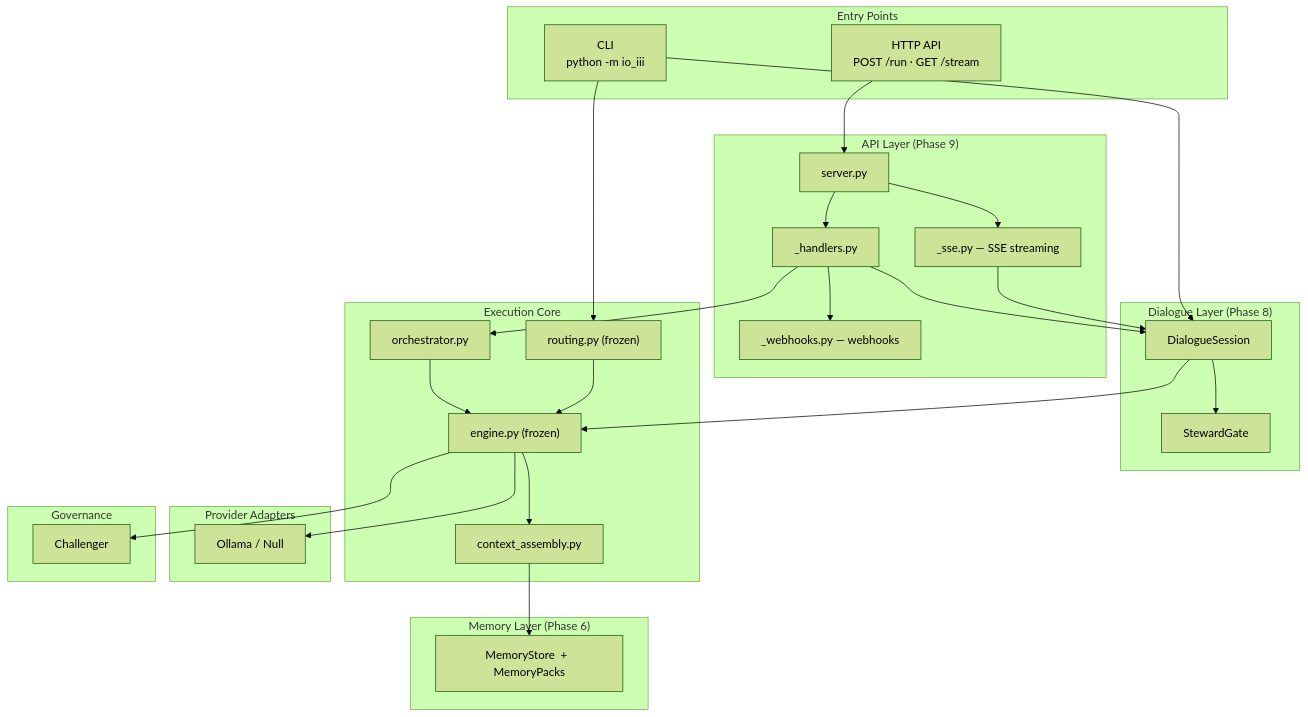
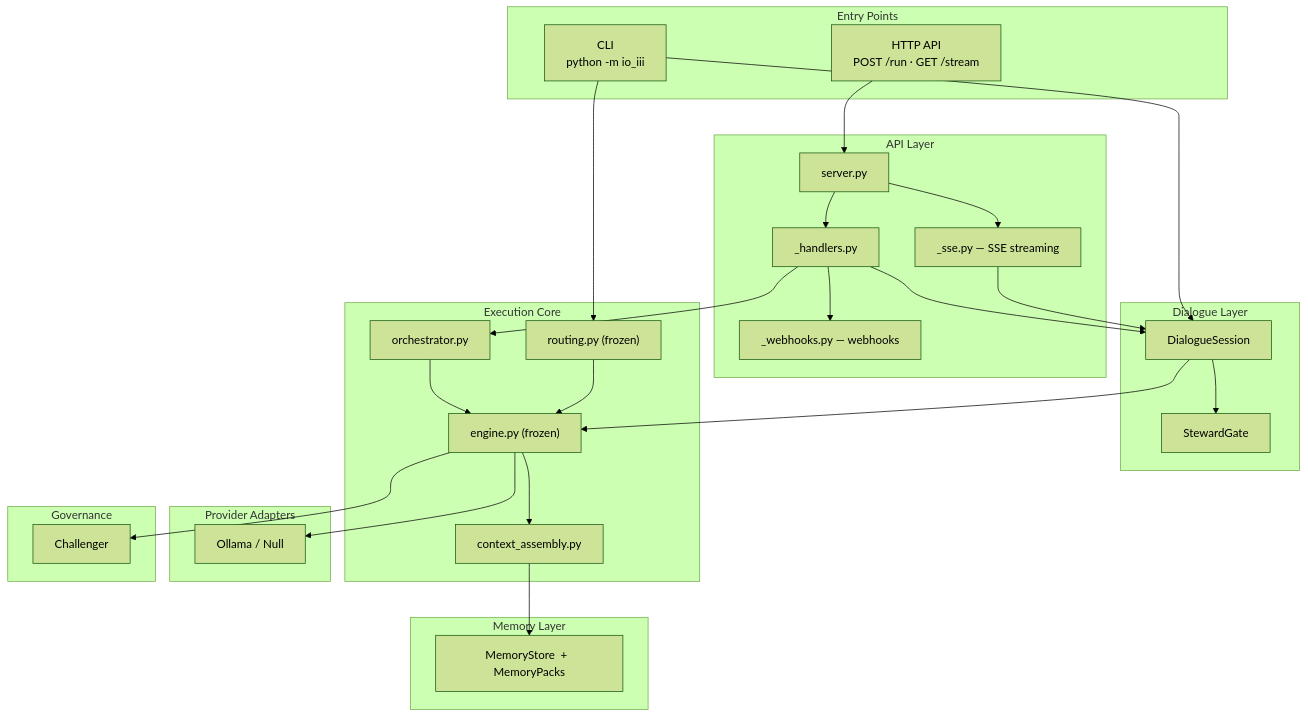
The diagram in README.md (CevenJKnowles/io-iii-runtime), drawn with Mermaid (forest theme) before and after one commit. The commit also changed other lines of this file, not shown here.

Commit message:
docs: define challenger and steward, trim diagram labels, tighten non-goals, add test count

````diff
--- a/README.md
+++ b/README.md
@@ -57,49 +58,49 @@
 ```mermaid
 flowchart TB
     subgraph Interface["Entry Points"]
         CLI["CLI\npython -m io_iii"]
         HTTP["HTTP API\nPOST /run  ·  GET /stream"]
     end
-    subgraph APILayer["API Layer  (Phase 9)"]
+    subgraph APILayer["API Layer"]
         SERVER["server.py"]
         HANDLERS["_handlers.py"]
         SSE["_sse.py — SSE streaming"]
         WEBHOOKS["_webhooks.py — webhooks"]
     end
-    subgraph Dialogue["Dialogue Layer  (Phase 8)"]
+    subgraph Dialogue["Dialogue Layer"]
         DSESSION["DialogueSession"]
         GATE["StewardGate"]
     end
     subgraph ControlPlane["Execution Core"]
         ROUTING["routing.py  (frozen)"]
         ENGINE["engine.py  (frozen)"]
         ASSEMBLY["context_assembly.py"]
         ORCH["orchestrator.py"]
     end
-    subgraph Memory["Memory Layer  (Phase 6)"]
+    subgraph Memory["Memory Layer"]
         MEM["MemoryStore  +  MemoryPacks"]
     end
     subgraph Runtime["Provider Adapters"]
         PROVIDER["Ollama  /  Null"]
     end
     subgraph Governance["Governance"]
         CHALLENGER["Challenger"]
     end
     CLI --> ROUTING
     CLI --> DSESSION
     HTTP --> SERVER
     SERVER --> HANDLERS
     SERVER --> SSE
     HANDLERS --> ORCH
     HANDLERS --> DSESSION
     HANDLERS --> WEBHOOKS
     ORCH --> ENGINE
     SSE --> DSESSION
     DSESSION --> GATE
     DSESSION --> ENGINE
     ROUTING --> ENGINE
     ENGINE --> ASSEMBLY
     ASSEMBLY --> MEM
     ENGINE --> PROVIDER
     ENGINE --> CHALLENGER
 ```
````
